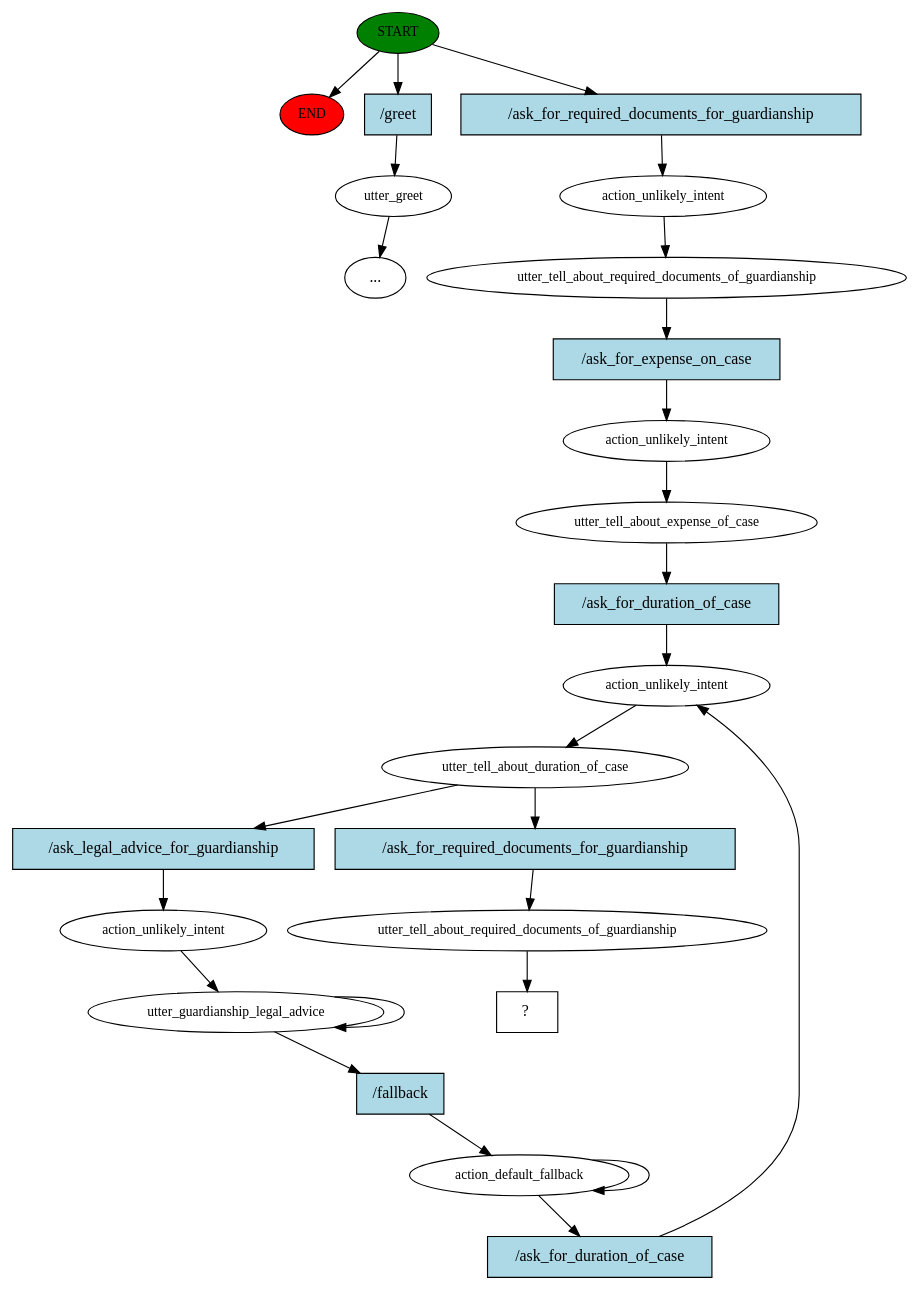
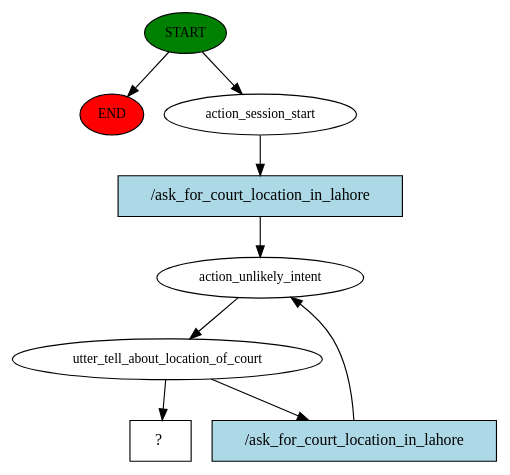
The diagram in story_graph.dot (Subhan-Zaheer/RASA_chatbot), drawn with Graphviz before and after one commit. The commit also changed 4 other files, not shown here.

Commit message:
location of courts of guardianship case is added

```diff
--- a/story_graph.dot
+++ b/story_graph.dot
@@ -1,50 +1,18 @@
 digraph  {
 0 [class="start active", fillcolor=green, fontsize=12, label=START, style=filled];
 "-1" [class=end, fillcolor=red, fontsize=12, label=END, style=filled];
-1 [class="", fontsize=12, label=utter_greet];
-"-7" [class=ellipsis, label="..."];
-6 [class=active, fontsize=12, label=action_unlikely_intent];
-7 [class=active, fontsize=12, label=utter_tell_about_required_documents_of_guardianship];
-8 [class=active, fontsize=12, label=action_unlikely_intent];
-9 [class=active, fontsize=12, label=utter_tell_about_expense_of_case];
-10 [class=active, fontsize=12, label=action_unlikely_intent];
-11 [class=active, fontsize=12, label=utter_tell_about_duration_of_case];
-12 [class=active, fontsize=12, label=action_unlikely_intent];
-13 [class=active, fontsize=12, label=utter_guardianship_legal_advice];
-15 [class=active, fontsize=12, label=action_default_fallback];
-19 [class=active, fontsize=12, label=utter_tell_about_required_documents_of_guardianship];
-20 [class="intent dashed active", label="  ?  ", shape=rect];
-21 [class=intent, fillcolor=lightblue, label="/greet", shape=rect, style=filled];
-22 [class="intent active", fillcolor=lightblue, label="/ask_for_required_documents_for_guardianship", shape=rect, style=filled];
-23 [class="intent active", fillcolor=lightblue, label="/ask_for_expense_on_case", shape=rect, style=filled];
-24 [class="intent active", fillcolor=lightblue, label="/ask_for_duration_of_case", shape=rect, style=filled];
-25 [class="intent active", fillcolor=lightblue, label="/ask_legal_advice_for_guardianship", shape=rect, style=filled];
-26 [class="intent active", fillcolor=lightblue, label="/ask_for_required_documents_for_guardianship", shape=rect, style=filled];
-27 [class="intent active", fillcolor=lightblue, label="/fallback", shape=rect, style=filled];
-28 [class="intent active", fillcolor=lightblue, label="/ask_for_duration_of_case", shape=rect, style=filled];
+1 [class=active, fontsize=12, label=action_session_start];
+2 [class=active, fontsize=12, label=action_unlikely_intent];
+3 [class=active, fontsize=12, label=utter_tell_about_location_of_court];
+6 [class="intent dashed active", label="  ?  ", shape=rect];
+7 [class="intent active", fillcolor=lightblue, label="/ask_for_court_location_in_lahore", shape=rect, style=filled];
+8 [class="intent active", fillcolor=lightblue, label="/ask_for_court_location_in_lahore", shape=rect, style=filled];
 0 -> "-1"  [class="", key=NONE, label=""];
-0 -> 21  [class="", key=0];
-0 -> 22  [class=active, key=0];
-1 -> "-7"  [class="", key=NONE, label=""];
-6 -> 7  [class=active, key=NONE, label=""];
-7 -> 23  [class=active, key=0];
-8 -> 9  [class=active, key=NONE, label=""];
-9 -> 24  [class=active, key=0];
-10 -> 11  [class=active, key=NONE, label=""];
-11 -> 25  [class=active, key=0];
-11 -> 26  [class=active, key=0];
-12 -> 13  [class=active, key=NONE, label=""];
-13 -> 13  [class=active, key=NONE, label=""];
-13 -> 27  [class=active, key=0];
-15 -> 15  [class=active, key=NONE, label=""];
-15 -> 28  [class=active, key=0];
-19 -> 20  [class=active, key=NONE, label=""];
-21 -> 1  [class="", key=0];
-22 -> 6  [class=active, key=0];
-23 -> 8  [class=active, key=0];
-24 -> 10  [class=active, key=0];
-25 -> 12  [class=active, key=0];
-26 -> 19  [class=active, key=0];
-27 -> 15  [class=active, key=0];
-28 -> 10  [class=active, key=0];
+0 -> 1  [class=active, key=NONE, label=""];
+1 -> 7  [class=active, key=0];
+2 -> 3  [class=active, key=NONE, label=""];
+3 -> 6  [class=active, key=NONE, label=""];
+3 -> 8  [class=active, key=0];
+7 -> 2  [class=active, key=0];
+8 -> 2  [class=active, key=0];
 }
```
